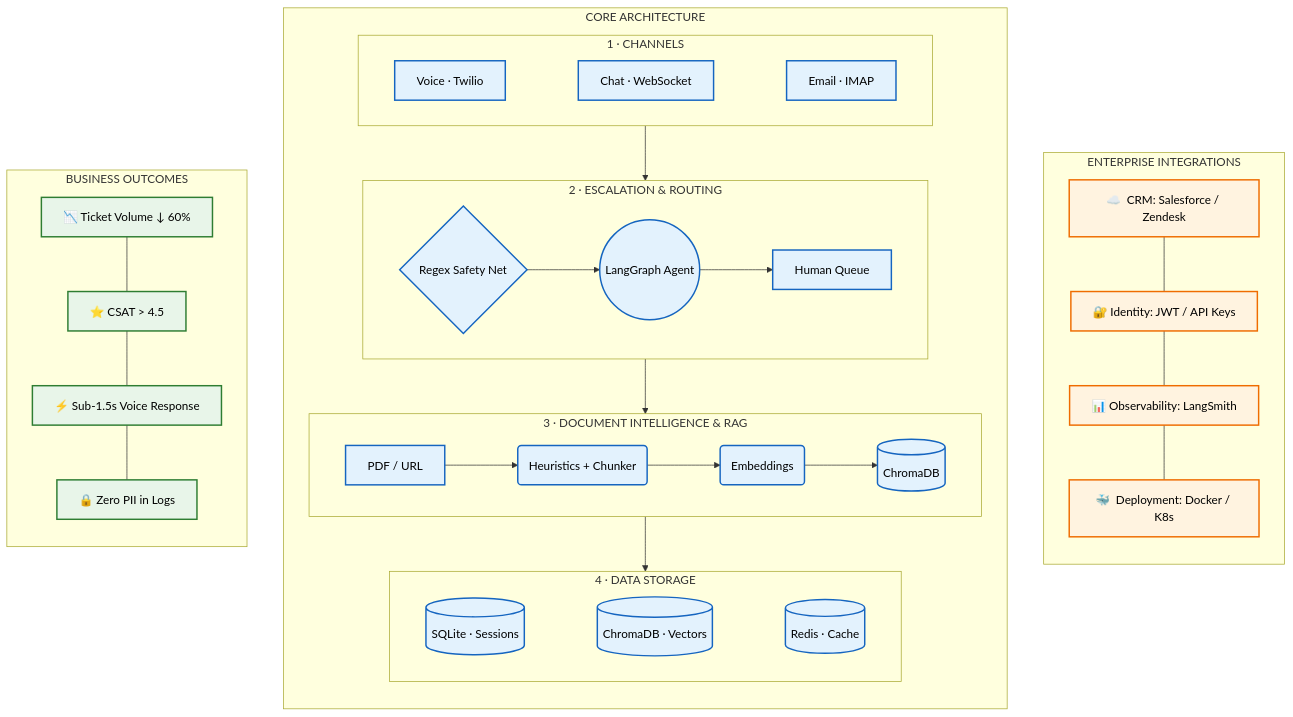
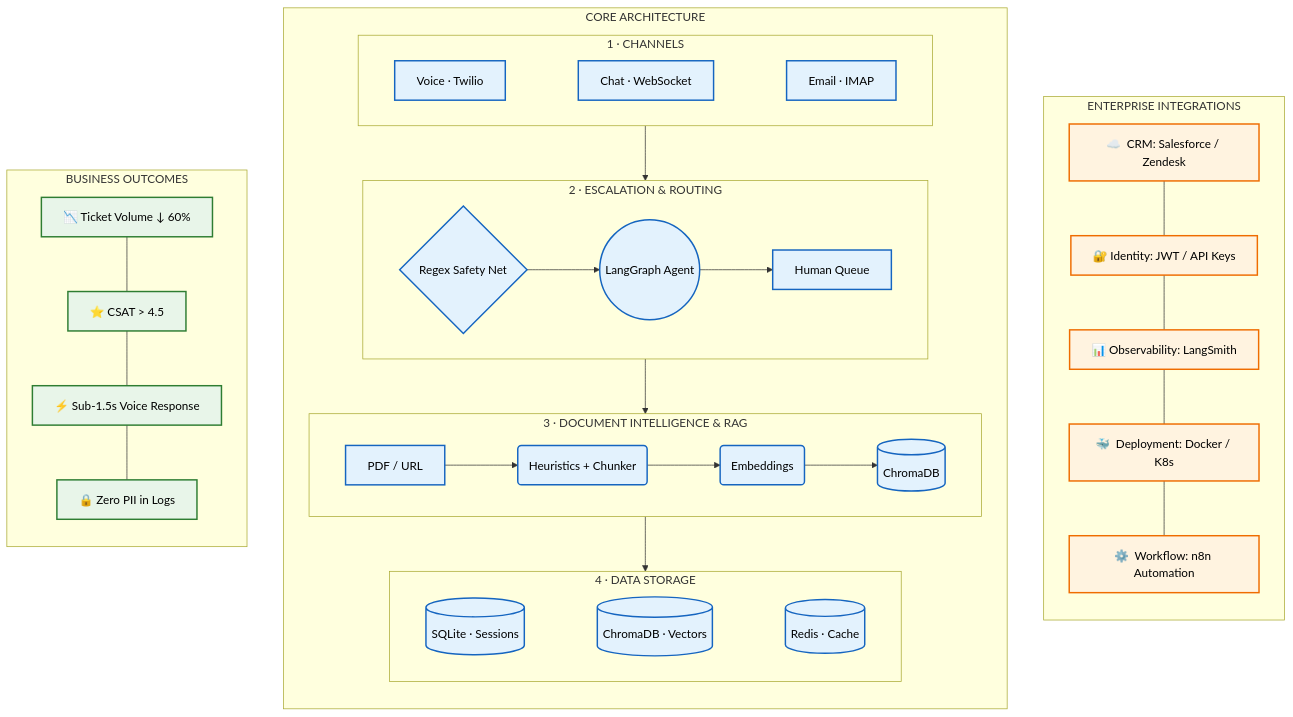
One commit to raghdaemara1/Ai-Support-system changed the first of 3 diagrams in README.md. Above: the diagram before and after it, drawn with Mermaid. The commit also changed other lines of this file and 9 other files, not shown here.

Commit message:
feat: fully working n8n escalation workflow and frontend integration

````diff
--- a/README.md
+++ b/README.md
@@ -21,57 +21,58 @@
 ```mermaid
 flowchart LR
     classDef bizOutcomes fill:#E8F5E9,stroke:#2E7D32,stroke-width:2px,color:#000;
     classDef archLayer   fill:#E3F2FD,stroke:#1565C0,stroke-width:2px,color:#000;
     classDef integration fill:#FFF3E0,stroke:#EF6C00,stroke-width:2px,color:#000;
 
     subgraph Business ["BUSINESS OUTCOMES"]
         direction TB
         B1["📉 Ticket Volume  ↓ 60%"]
         B2["⭐ CSAT  >  4.5"]
         B3["⚡ Sub-1.5s Voice Response"]
         B4["🔒 Zero PII in Logs"]
         B1 --- B2 --- B3 --- B4
     end
     class Business,B1,B2,B3,B4 bizOutcomes
 
     subgraph Architecture ["CORE ARCHITECTURE"]
         direction TB
 
         subgraph Channels ["1 · CHANNELS"]
             direction LR
             C1[Voice · Twilio] ~~~ C2[Chat · WebSocket] ~~~ C3[Email · IMAP]
         end
 
         subgraph Runtime ["2 · ESCALATION & ROUTING"]
             direction LR
             R1{Regex Safety Net} --> R2((LangGraph Agent)) --> R3[Human Queue]
         end
 
         subgraph Pipeline ["3 · DOCUMENT INTELLIGENCE & RAG"]
             direction LR
             P1[PDF / URL] --> P2(Heuristics + Chunker) --> P3(Embeddings) --> P4[(ChromaDB)]
         end
 
         subgraph Data ["4 · DATA STORAGE"]
             direction LR
             D1[(SQLite · Sessions)] ~~~ D2[(ChromaDB · Vectors)] ~~~ D3[(Redis · Cache)]
         end
 
         Channels --> Runtime
         Runtime --> Pipeline
         Pipeline --> Data
     end
     class Architecture,C1,C2,C3,R1,R2,R3,P1,P2,P3,P4,D1,D2,D3 archLayer
 
     subgraph Integrations ["ENTERPRISE INTEGRATIONS"]
         direction TB
         I1["☁️  CRM: Salesforce / Zendesk"]
         I2["🔐  Identity: JWT / API Keys"]
         I3["📊  Observability: LangSmith"]
         I4["🐳  Deployment: Docker / K8s"]
-        I1 --- I2 --- I3 --- I4
+        I5["⚙️  Workflow: n8n Automation"]
+        I1 --- I2 --- I3 --- I4 --- I5
     end
-    class Integrations,I1,I2,I3,I4 integration
+    class Integrations,I1,I2,I3,I4,I5 integration
 
     Business ~~~ Architecture ~~~ Integrations
 ```
````
